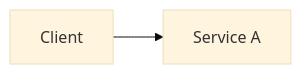
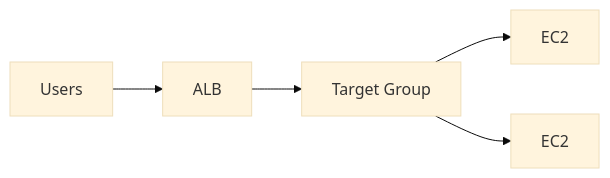
One commit to niceguy61/aws-saa-lecture-2026 changed the diagram in aws-saa/week02-domain02-resilient-architectures/day02/01-theory.md. Above: the diagram before and after it, drawn with Mermaid (base theme). The commit also changed other lines of this file and 15 other files, not shown here.

````diff
--- a/aws-saa/week02-domain02-resilient-architectures/day02/01-theory.md
+++ b/aws-saa/week02-domain02-resilient-architectures/day02/01-theory.md
@@ -22,4 +20,7 @@
 ```mermaid
 flowchart LR
-  A[Client] --> B[Service A]
+  U[Users] --> ALB[ALB]
+  ALB --> TG[Target Group]
+  TG --> EC2a[EC2]
+  TG --> EC2b[EC2]
 ```
````
